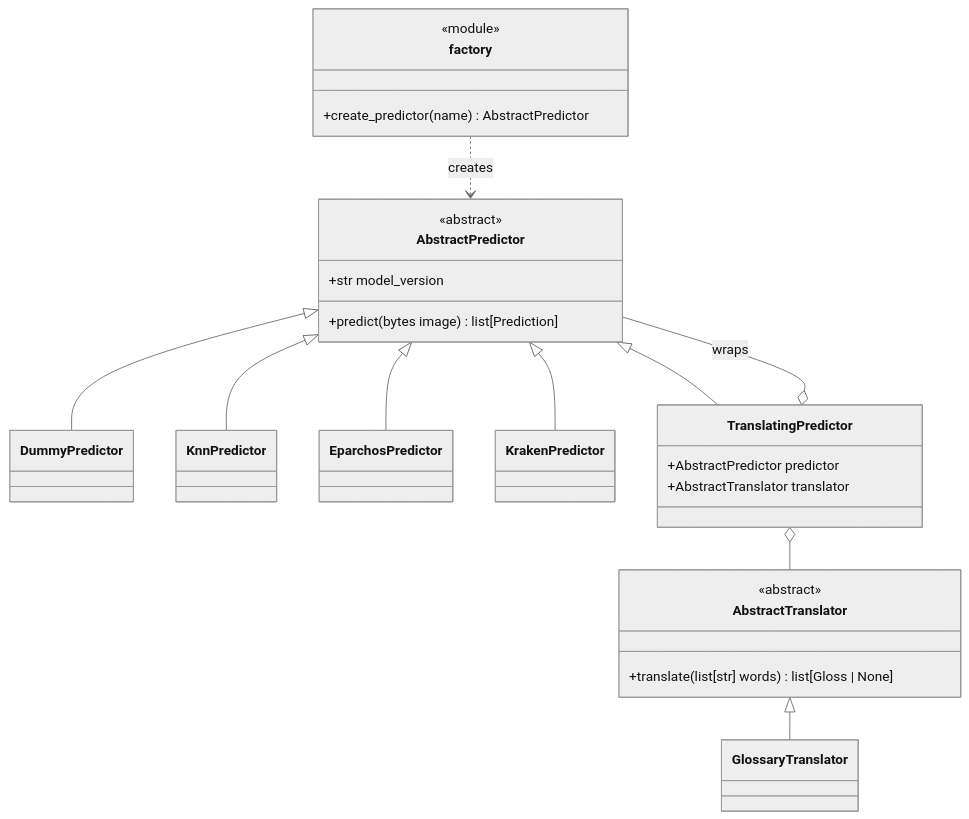
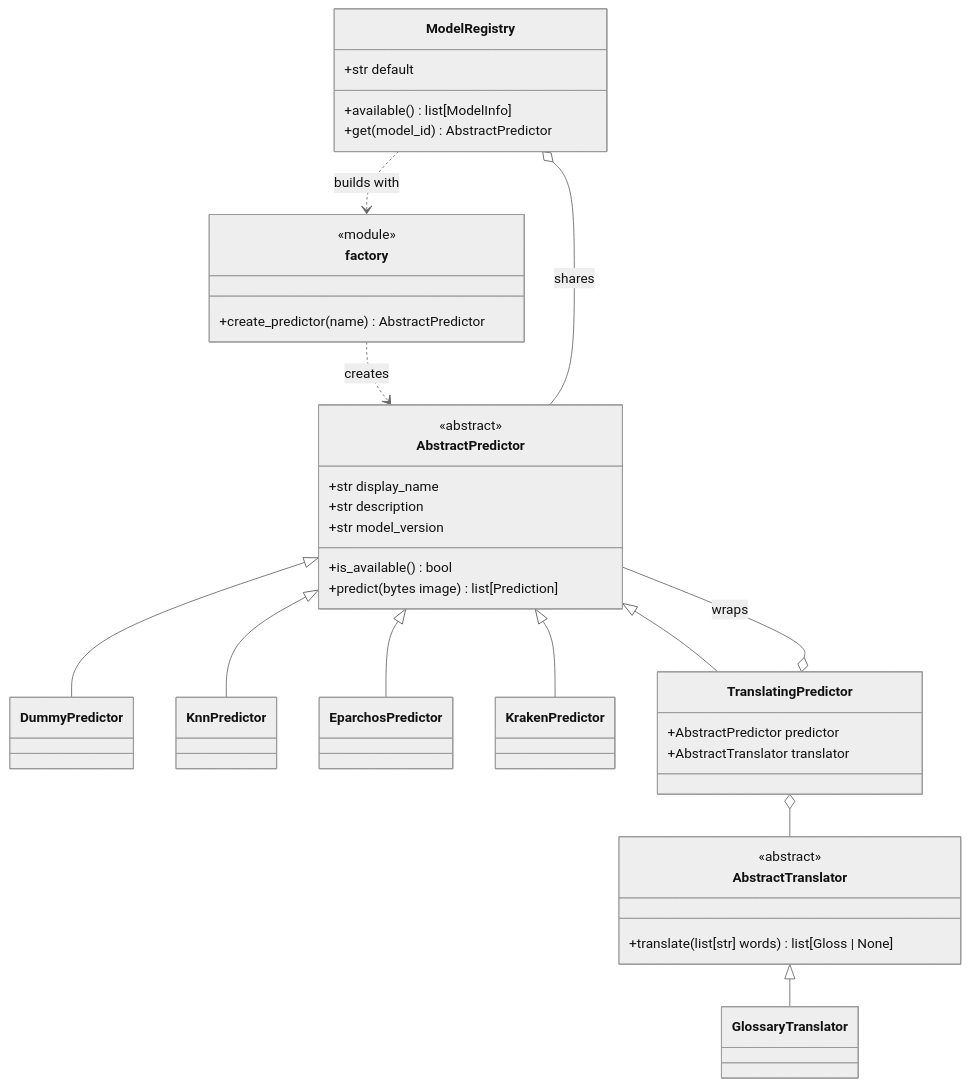
Before and after one commit to muhammadov-q/team4: the diagram in docs/architecture/design-patterns.md, drawn with Mermaid (neutral theme). The commit also changed other lines of this file and 24 other files, not shown here.

````diff
--- a/docs/architecture/design-patterns.md
+++ b/docs/architecture/design-patterns.md
@@ -22,34 +23,44 @@
 ```mermaid
 classDiagram
     class AbstractPredictor {
         <<abstract>>
+        +str display_name
+        +str description
         +str model_version
+        +is_available() bool
         +predict(bytes image) list[Prediction]
     }
     class DummyPredictor
     class KnnPredictor
     class EparchosPredictor
     class KrakenPredictor
     class TranslatingPredictor {
         +AbstractPredictor predictor
         +AbstractTranslator translator
     }
     class AbstractTranslator {
         <<abstract>>
         +translate(list[str] words) list[Gloss | None]
     }
     class GlossaryTranslator
     class factory {
         <<module>>
         +create_predictor(name) AbstractPredictor
     }
     AbstractPredictor <|-- DummyPredictor
     AbstractPredictor <|-- KnnPredictor
     AbstractPredictor <|-- EparchosPredictor
     AbstractPredictor <|-- KrakenPredictor
     AbstractPredictor <|-- TranslatingPredictor
     TranslatingPredictor o-- AbstractPredictor : wraps
     TranslatingPredictor o-- AbstractTranslator
     AbstractTranslator <|-- GlossaryTranslator
     factory ..> AbstractPredictor : creates
+    class ModelRegistry {
+        +str default
+        +available() list[ModelInfo]
+        +get(model_id) AbstractPredictor
+    }
+    ModelRegistry ..> factory : builds with
+    ModelRegistry o-- AbstractPredictor : shares
 ```
````
